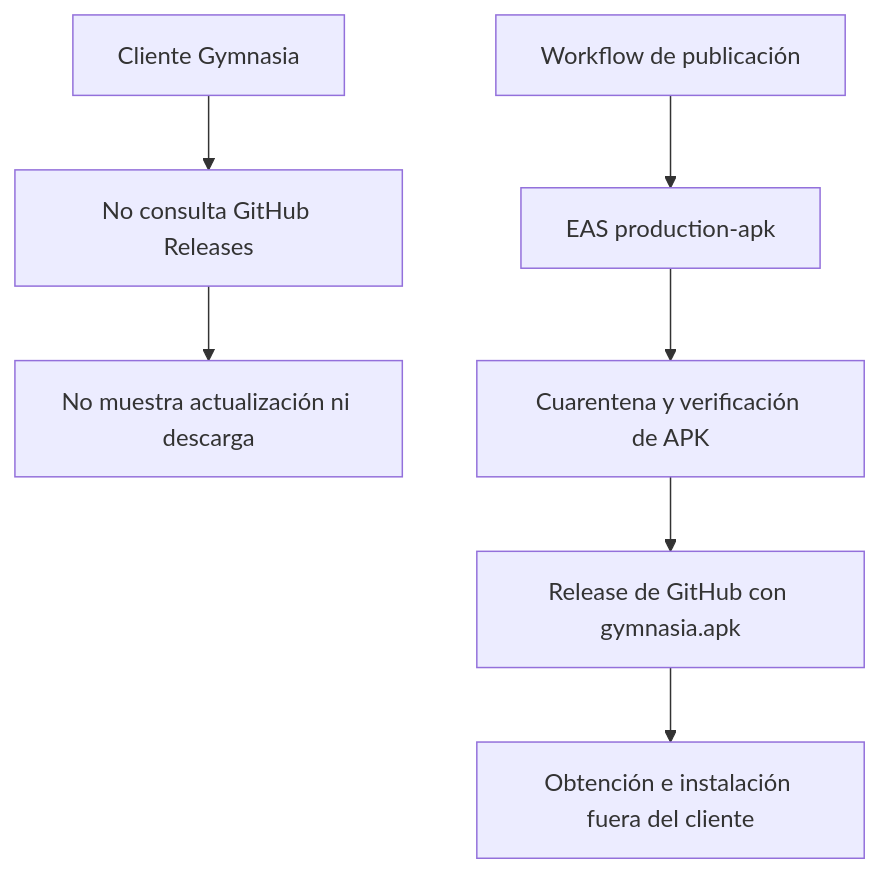
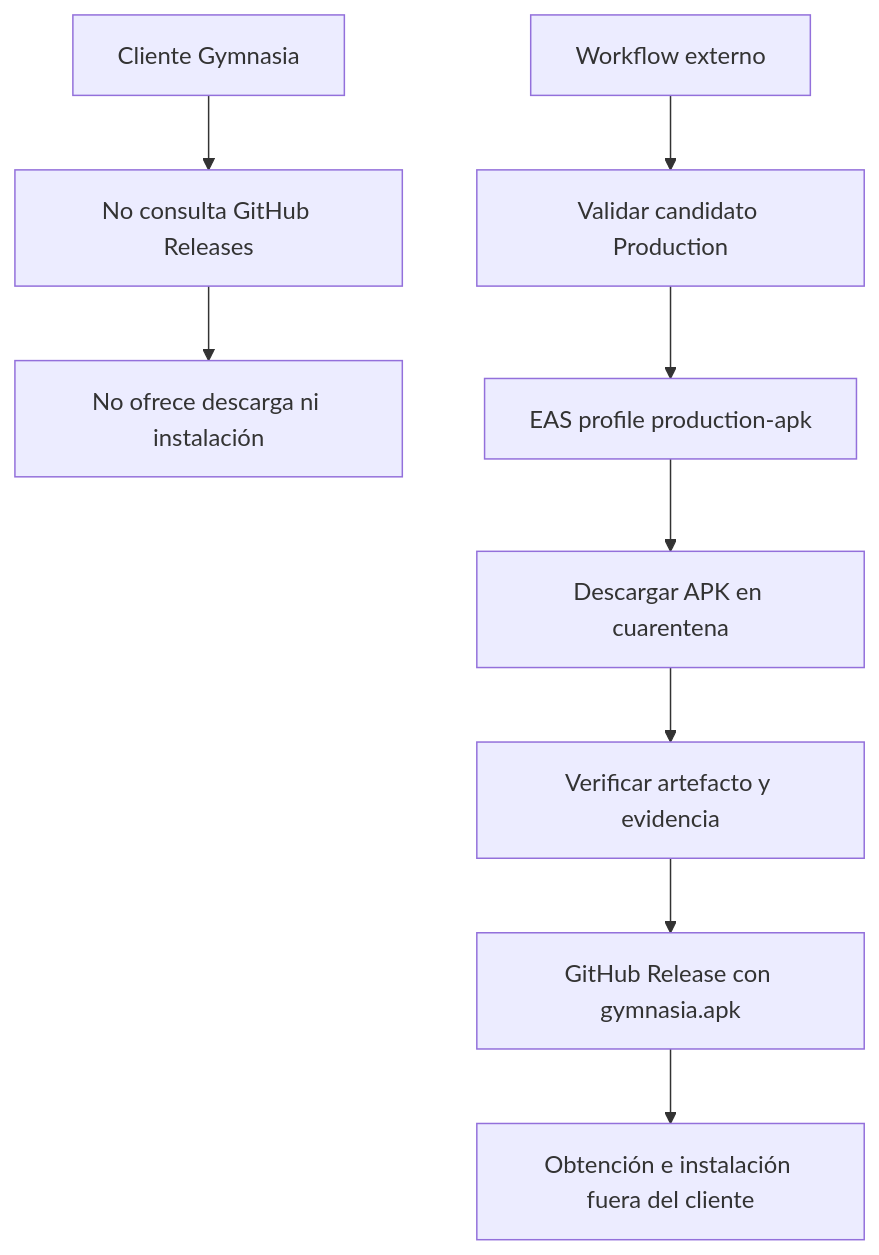
The second of 2 diagrams in openwiki/integrations/vivagym-and-updates.md (maximofn/gymnasia), drawn with Mermaid before and after one commit. The commit also changed other lines of this file and 52 other files, not shown here.

````diff
--- a/openwiki/integrations/vivagym-and-updates.md
+++ b/openwiki/integrations/vivagym-and-updates.md
@@ -83,9 +83,11 @@
 ```mermaid
 flowchart TD
     Client["Cliente Gymnasia"] --> NoCheck["No consulta GitHub Releases"]
-    NoCheck --> NoOffer["No muestra actualización ni descarga"]
-    Pipeline["Workflow de publicación"] --> EAS["EAS production-apk"]
-    EAS --> Verify["Cuarentena y verificación de APK"]
-    Verify --> Release["Release de GitHub con gymnasia.apk"]
+    NoCheck --> NoOffer["No ofrece descarga ni instalación"]
+    Workflow["Workflow externo"] --> Source["Validar candidato Production"]
+    Source --> EAS["EAS profile production-apk"]
+    EAS --> Quarantine["Descargar APK en cuarentena"]
+    Quarantine --> Verify["Verificar artefacto y evidencia"]
+    Verify --> Release["GitHub Release con gymnasia.apk"]
     Release --> Manual["Obtención e instalación fuera del cliente"]
 ```
````
